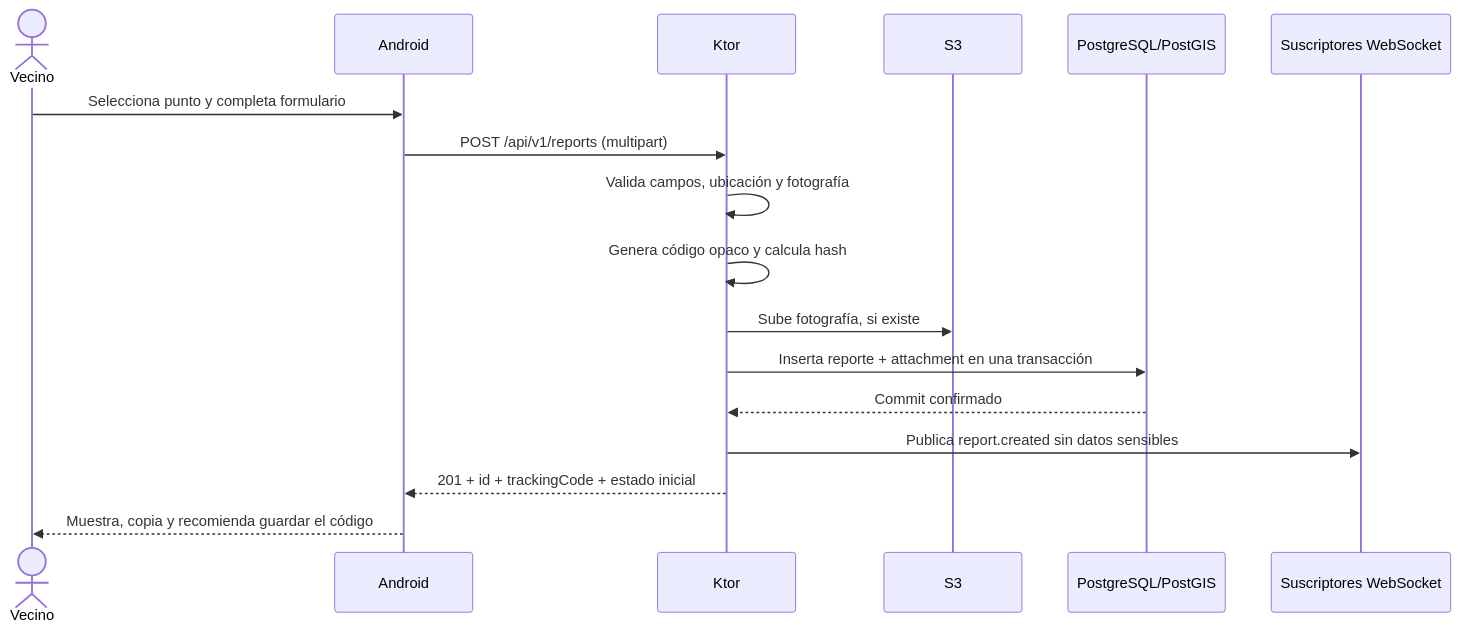
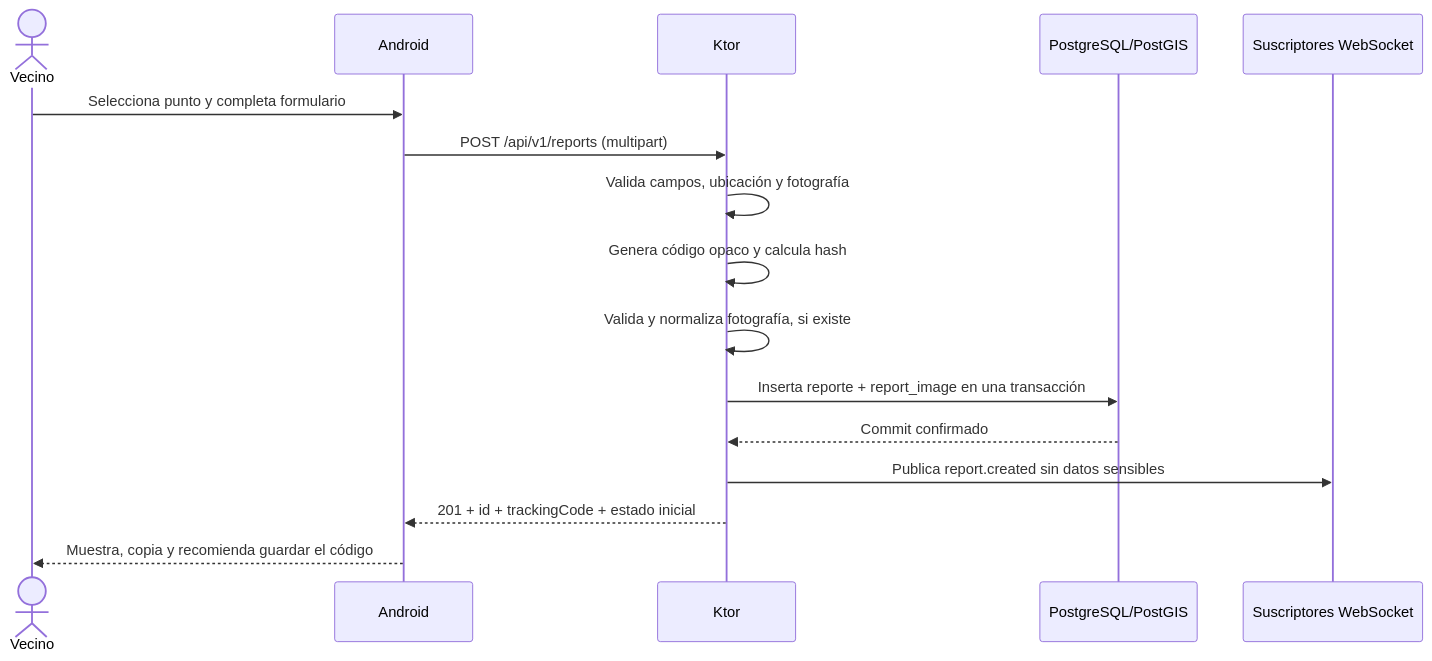
One commit to Jquincal/Mapa-Urbano changed the second of 3 diagrams in docs/01-arquitectura.md. Above: the diagram before and after it, drawn with Mermaid. The commit also changed other lines of this file and 31 other files, not shown here.

````diff
--- a/docs/01-arquitectura.md
+++ b/docs/01-arquitectura.md
@@ -70,20 +69,19 @@
 ```mermaid
 sequenceDiagram
     actor Vecino
     participant Android
     participant Ktor
-    participant S3
     participant DB as PostgreSQL/PostGIS
     participant WS as Suscriptores WebSocket
 
     Vecino->>Android: Selecciona punto y completa formulario
     Android->>Ktor: POST /api/v1/reports (multipart)
     Ktor->>Ktor: Valida campos, ubicación y fotografía
     Ktor->>Ktor: Genera código opaco y calcula hash
-    Ktor->>S3: Sube fotografía, si existe
-    Ktor->>DB: Inserta reporte + attachment en una transacción
+    Ktor->>Ktor: Valida y normaliza fotografía, si existe
+    Ktor->>DB: Inserta reporte + report_image en una transacción
     DB-->>Ktor: Commit confirmado
     Ktor->>WS: Publica report.created sin datos sensibles
     Ktor-->>Android: 201 + id + trackingCode + estado inicial
     Android-->>Vecino: Muestra, copia y recomienda guardar el código
 ```
````
